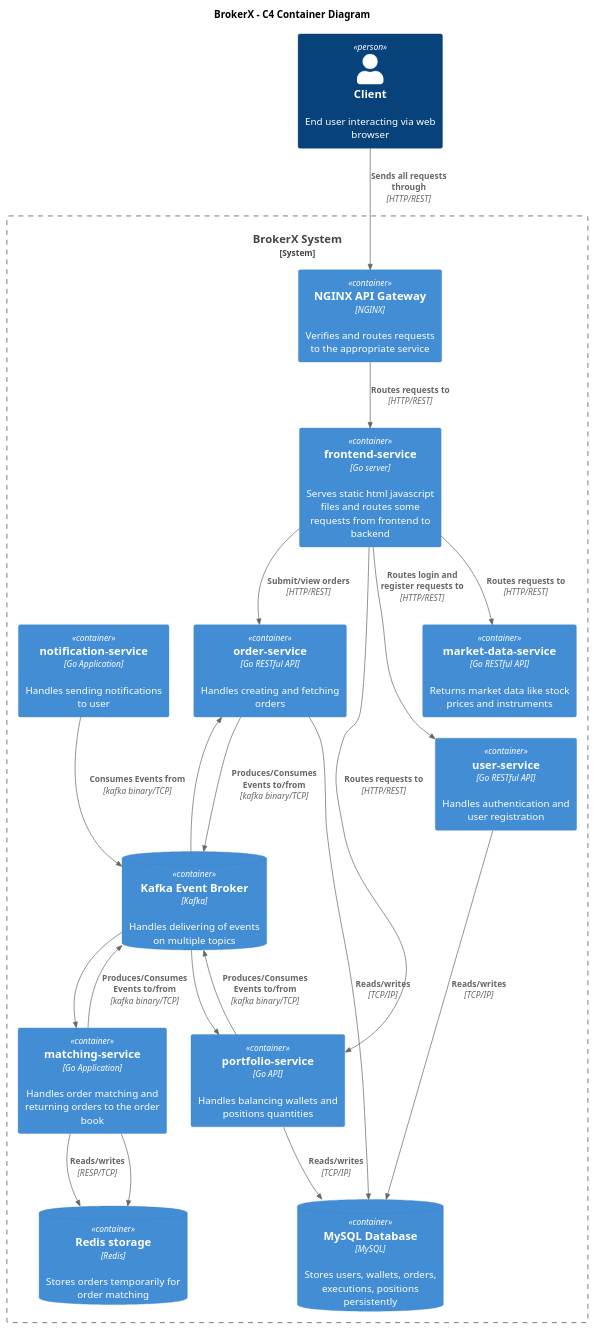
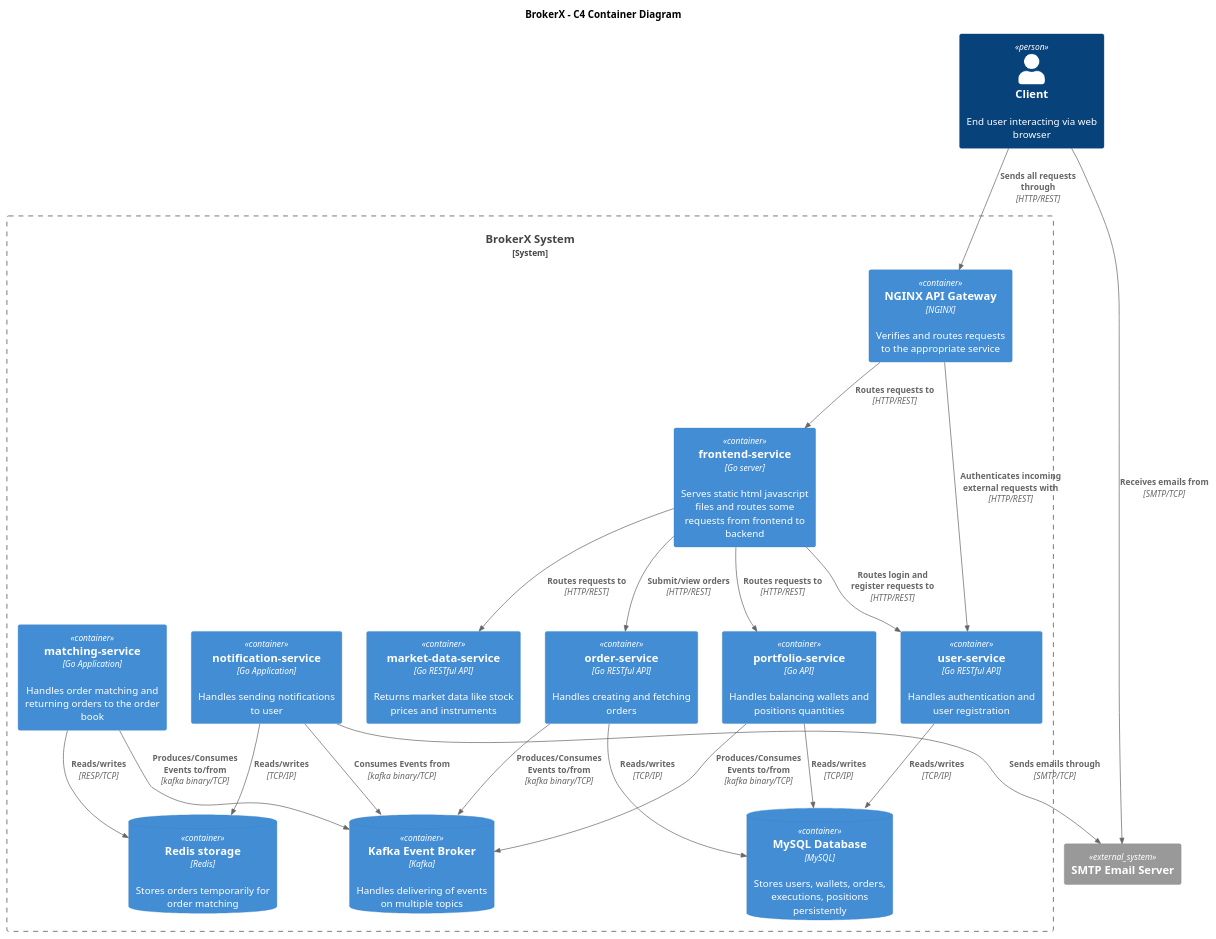
Before and after one commit to cjayneb/log430-project: the diagram in docs/c4_level1.puml, drawn with PlantUML. The commit also changed 23 other files, not shown here.

```diff
--- a/docs/c4_level1.puml
+++ b/docs/c4_level1.puml
@@ -1,43 +1,49 @@
 @startuml C4 Level 1
 !include https://raw.githubusercontent.com/plantuml-stdlib/C4-PlantUML/master/C4_Container.puml
 
 title BrokerX - C4 Container Diagram
 
 Person(client, "Client", "End user interacting via web browser")
+
+System_Ext(smtp, "SMTP Email Server")
 
 System_Boundary(bx, "BrokerX System") {
   Container(nginx, "NGINX API Gateway", "NGINX", "Verifies and routes requests to the appropriate service")
   Container(frontend, "frontend-service", "Go server", "Serves static html javascript files and routes some requests from frontend to backend")
   Container(order, "order-service", "Go RESTful API", "Handles creating and fetching orders")
   Container(user, "user-service", "Go RESTful API", "Handles authentication and user registration")
   Container(portfolio, "portfolio-service", "Go API", "Handles balancing wallets and positions quantities")
   Container(market, "market-data-service", "Go RESTful API", "Returns market data like stock prices and instruments")
   Container(matching, "matching-service", "Go Application", "Handles order matching and returning orders to the order book")
   Container(notification, "notification-service", "Go Application", "Handles sending notifications to user")
   Container(matching, "matching-service", "Go Application", "Handles order matching and returning orders to the order book")
   ContainerDb(kafka, "Kafka Event Broker", "Kafka", "Handles delivering of events on multiple topics")
   ContainerDb(redis, "Redis storage", "Redis", "Stores orders temporarily for order matching")
   ContainerDb(db, "MySQL Database", "MySQL", "Stores users, wallets, orders, executions, positions persistently")
 }
 
 Rel(client, nginx, "Sends all requests through", "HTTP/REST")
 Rel(nginx, frontend, "Routes requests to", "HTTP/REST")
+Rel(nginx, user, "Authenticates incoming external requests with", "HTTP/REST")
 Rel(frontend, portfolio, "Routes requests to", "HTTP/REST")
 Rel(frontend, market, "Routes requests to", "HTTP/REST")
 Rel(frontend, order, "Submit/view orders", "HTTP/REST")
 Rel(frontend, user, "Routes login and register requests to", "HTTP/REST")
 Rel(matching, redis, "Reads/writes", "RESP/TCP")
-Rel(matching, redis, "")
+
 Rel(user, db, "Reads/writes", "TCP/IP")
 Rel(order, db, "Reads/writes", "TCP/IP")
 Rel(portfolio, db, "Reads/writes", "TCP/IP")
 Rel(portfolio, kafka, "Produces/Consumes Events to/from", "kafka binary/TCP")
-Rel(kafka, portfolio, "")
+
 Rel(matching, kafka, "Produces/Consumes Events to/from", "kafka binary/TCP")
-Rel(kafka, matching, "")
+
 Rel(order, kafka, "Produces/Consumes Events to/from", "kafka binary/TCP")
-Rel(kafka, order, "")
+
 Rel(notification, kafka, "Consumes Events from", "kafka binary/TCP")
+Rel(notification, redis, "Reads/writes", "TCP/IP")
+Rel(notification, smtp, "Sends emails through", "SMTP/TCP")
+Rel(client, smtp, "Receives emails from", "SMTP/TCP")
 
 
 @enduml
```
